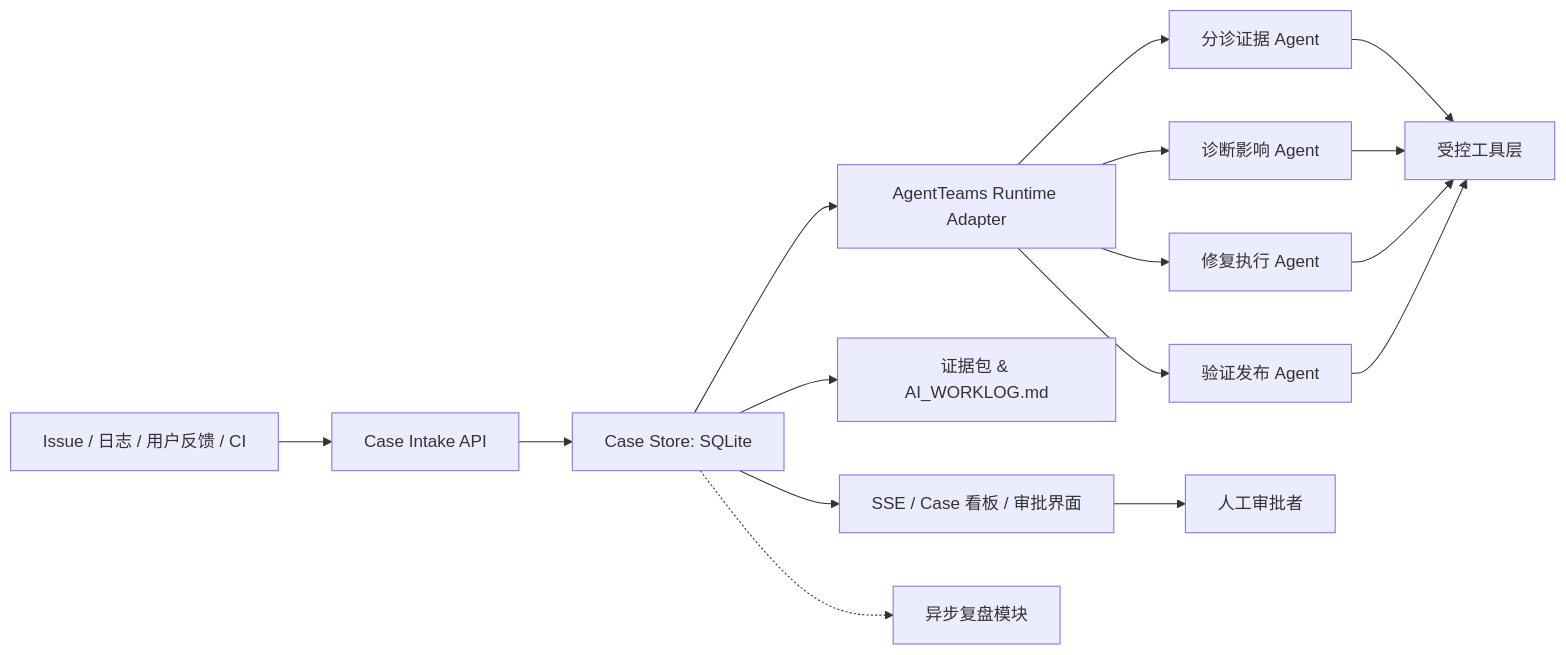
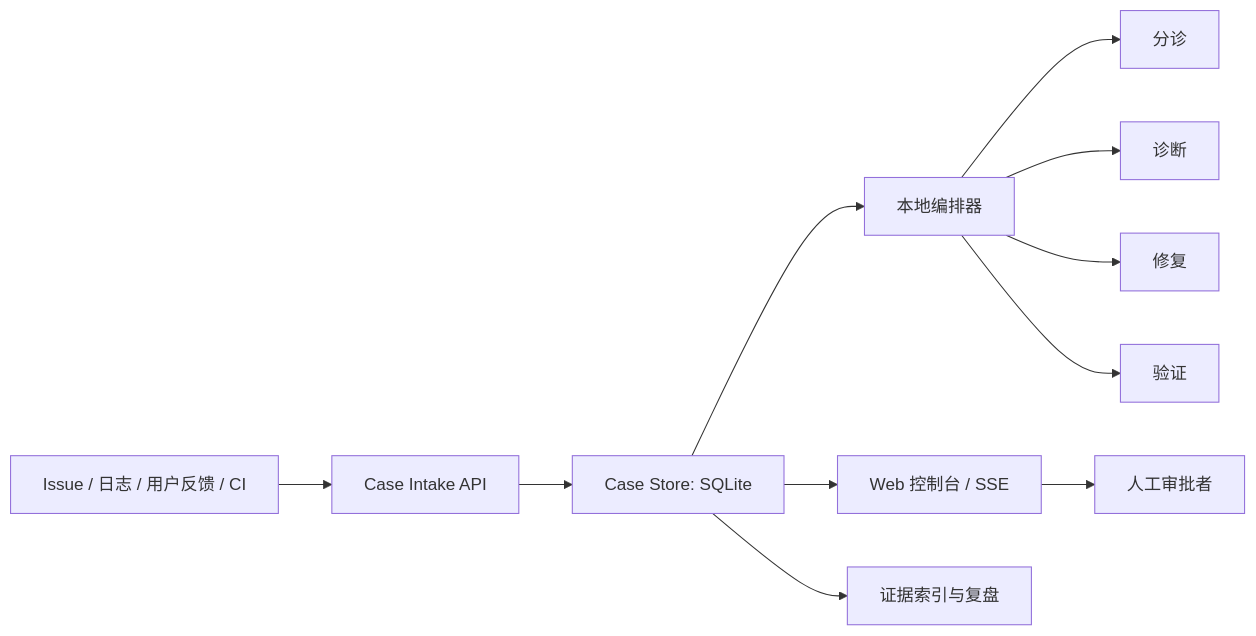
One commit to cyc120/code-defog changed the diagram in README.md. Above: the diagram before and after it, drawn with Mermaid. The commit also changed other lines of this file and 52 other files, not shown here.

````diff
--- a/README.md
+++ b/README.md
@@ -76,18 +77,13 @@
 ```mermaid
 flowchart LR
     I["Issue / 日志 / 用户反馈 / CI"] --> C["Case Intake API"]
     C --> S["Case Store: SQLite"]
-    S --> O["AgentTeams Runtime Adapter"]
-    O --> A1["分诊证据 Agent"]
-    O --> A2["诊断影响 Agent"]
-    O --> A3["修复执行 Agent"]
-    O --> A4["验证发布 Agent"]
-    A1 --> T["受控工具层"]
-    A2 --> T
-    A3 --> T
-    A4 --> T
-    S --> E["证据包 & AI_WORKLOG.md"]
-    S --> P["SSE / Case 看板 / 审批界面"]
-    P --> H["人工审批者"]
-    S -.-> R["异步复盘模块"]
+    S --> O["本地编排器"]
+    O --> A1["分诊"]
+    O --> A2["诊断"]
+    O --> A3["修复"]
+    O --> A4["验证"]
+    S --> W["Web 控制台 / SSE"]
+    W --> H["人工审批者"]
+    S --> E["证据索引与复盘"]
 ```
````
